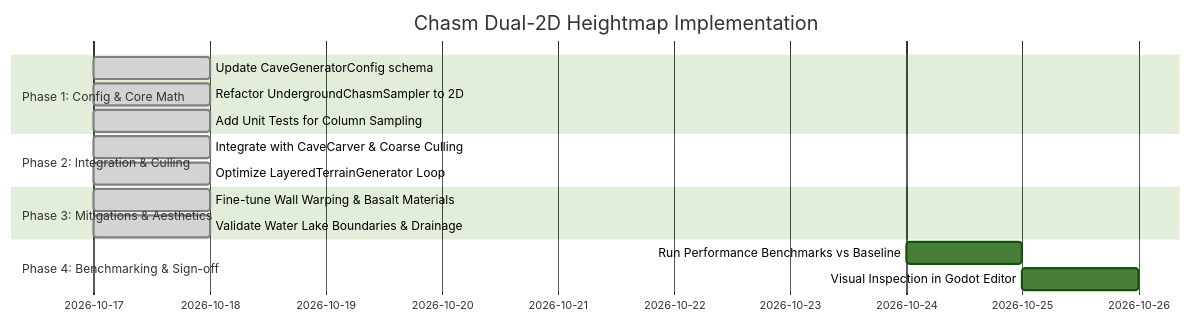
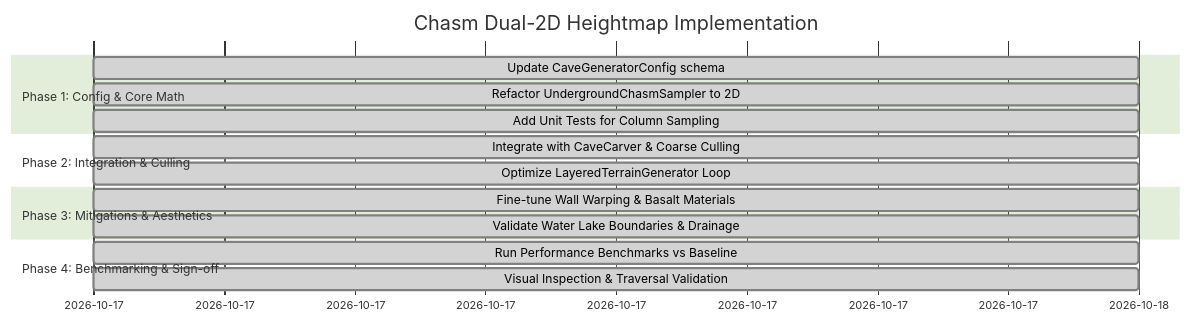
The second of 2 diagrams in implementation_sandwich_chasm.md (chryote/voxel-terrain), drawn with Mermaid (forest theme) before and after one commit. The commit also changed other lines of this file and 4 other files, not shown here.

````diff
--- a/implementation_sandwich_chasm.md
+++ b/implementation_sandwich_chasm.md
@@ -220,18 +220,18 @@
 ```mermaid
 gantt
     title Chasm Dual-2D Heightmap Implementation
     dateFormat  YYYY-MM-DD
     section Phase 1: Config & Core Math
     Update CaveGeneratorConfig schema          :done, p1a, 2026-10-17, 1d
     Refactor UndergroundChasmSampler to 2D    :done, p1b, 2026-10-17, 1d
     Add Unit Tests for Column Sampling        :done, p1c, 2026-10-17, 1d
     section Phase 2: Integration & Culling
     Integrate with CaveCarver & Coarse Culling:done, p2a, 2026-10-17, 1d
     Optimize LayeredTerrainGenerator Loop      :done, p2b, 2026-10-17, 1d
     section Phase 3: Mitigations & Aesthetics
     Fine-tune Wall Warping & Basalt Materials  :done, p3a, 2026-10-17, 1d
     Validate Water Lake Boundaries & Drainage :done, p3b, 2026-10-17, 1d
     section Phase 4: Benchmarking & Sign-off
-    Run Performance Benchmarks vs Baseline    :p4a, 2026-10-24, 1d
-    Visual Inspection in Godot Editor         :p4b, after p4a, 1d
+    Run Performance Benchmarks vs Baseline    :done, p4a, 2026-10-17, 1d
+    Visual Inspection & Traversal Validation  :done, p4b, 2026-10-17, 1d
 ```
````
